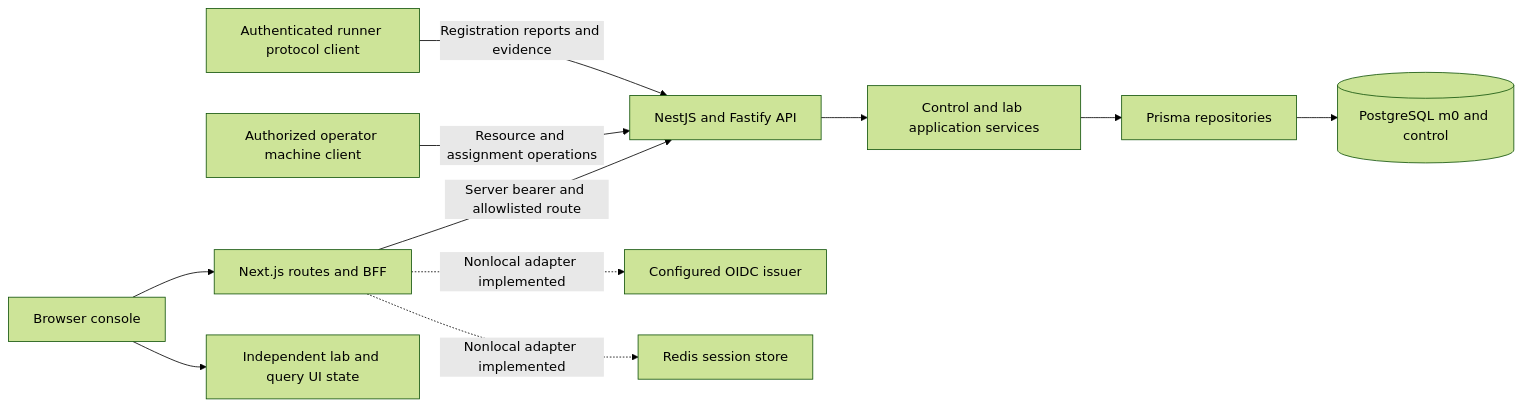
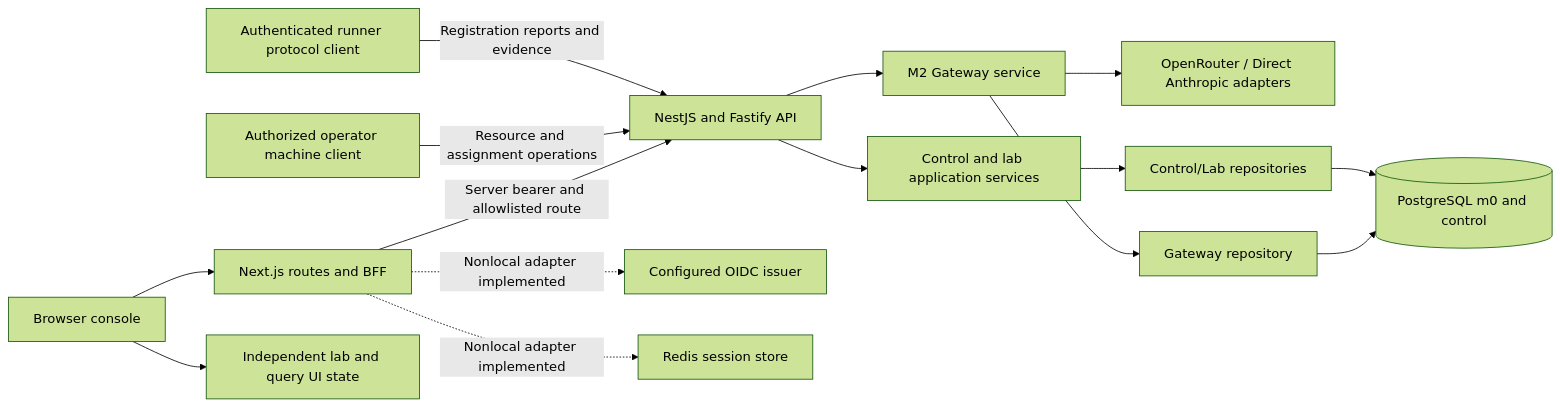
One commit to anshacerbia2/ai-runtime-platform changed the first of 5 diagrams in docs/diagrams/10-implemented-contracts.md. Above: the diagram before and after it, drawn with Mermaid (forest theme). The commit also changed other lines of this file and 43 other files, not shown here.

````diff
--- a/docs/diagrams/10-implemented-contracts.md
+++ b/docs/diagrams/10-implemented-contracts.md
@@ -7,13 +7,17 @@
 ```mermaid
 flowchart LR
     B[Browser console] --> N[Next.js routes and BFF]
     N -->|Server bearer and allowlisted route| A[NestJS and Fastify API]
     A --> M[Control and lab application services]
-    M --> R[Prisma repositories]
+    A --> G[M2 Gateway service]
+    G --> P[OpenRouter / Direct Anthropic adapters]
+    G --> R[Gateway repository]
+    M --> R2[Control/Lab repositories]
     R --> PG[(PostgreSQL m0 and control)]
+    R2 --> PG
     O[Authorized operator machine client] -->|Resource and assignment operations| A
     W[Authenticated runner protocol client] -->|Registration reports and evidence| A
     N -.->|Nonlocal adapter implemented| IDP[Configured OIDC issuer]
     N -.->|Nonlocal adapter implemented| S[Redis session store]
     B --> U[Independent lab and query UI state]
 ```
````
